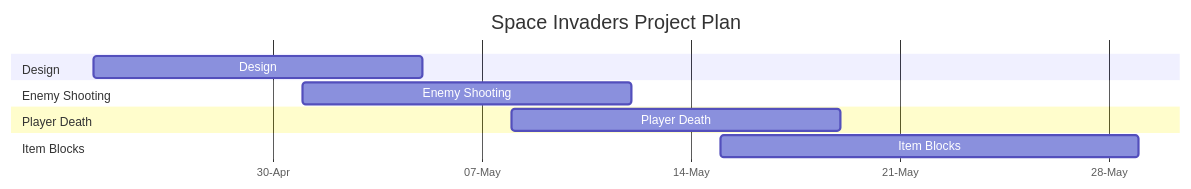
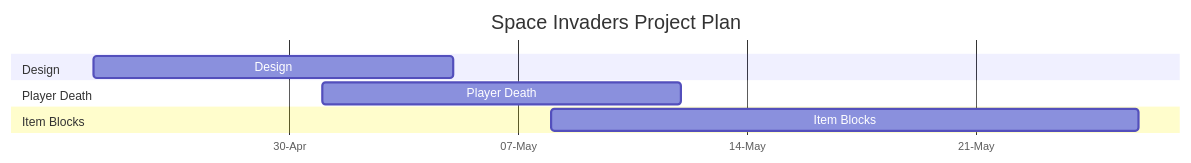
Before and after one commit to ConnorMCHARRY/SpaceInvaders: the diagram in design.md, drawn with Mermaid.

````diff
--- a/design.md
+++ b/design.md
@@ -9,19 +9,16 @@
 ```mermaid
 gantt
     title Space Invaders Project Plan
     dateFormat DD-MM-YY
     axisFormat %d-%b
     tickInterval 1week
 
     section Design
     Design: 24-04-23, 05-05-23
 
-    section Enemy Shooting
-    Enemy Shooting: 01-05-23, 12-05-23
-
     section Player Death
-    Player Death: 08-05-23, 19-05-23
+    Player Death: 01-05-23, 12-05-23
 
     section Item Blocks
-    Item Blocks: 15-05-23, 29-05-23
+    Item Blocks: 08-05-23, 26-05-23
 ```
````
